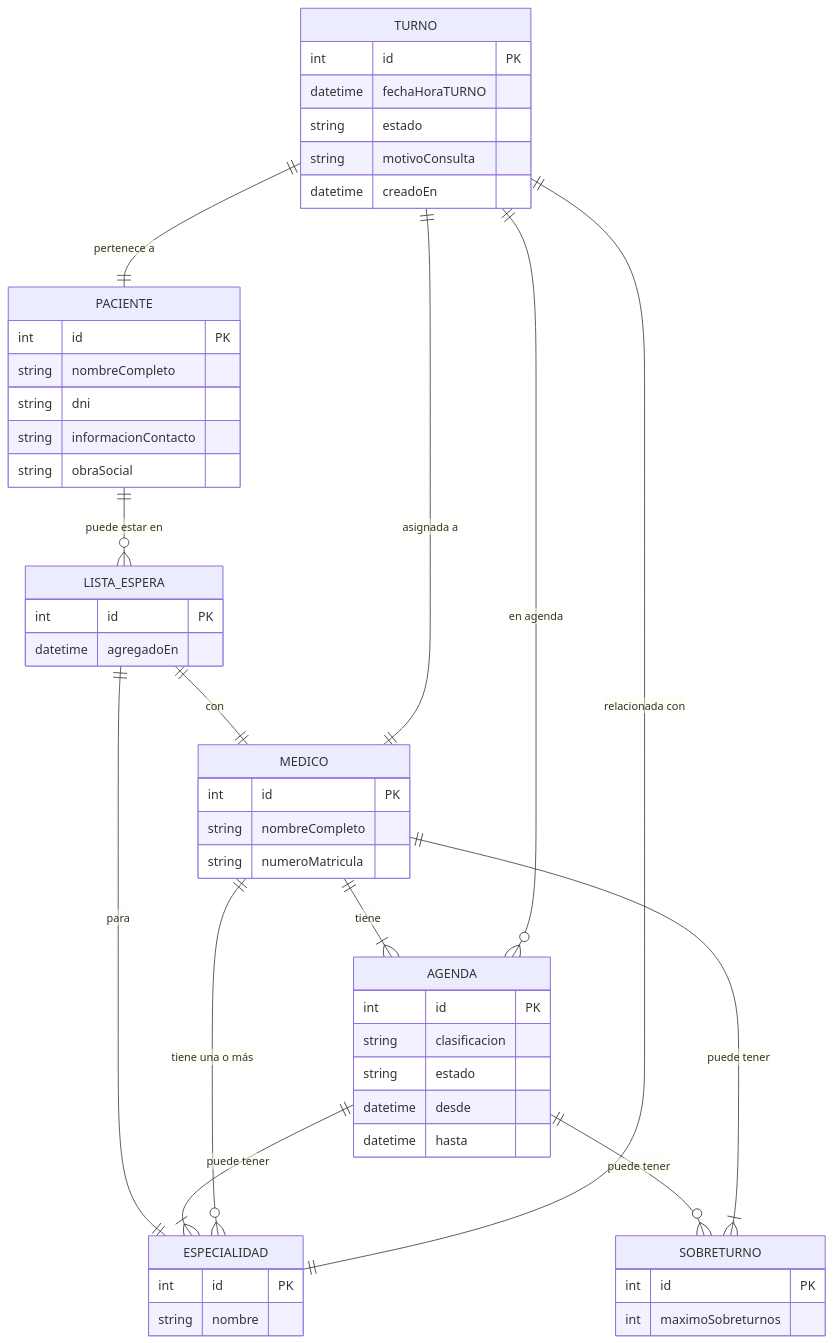
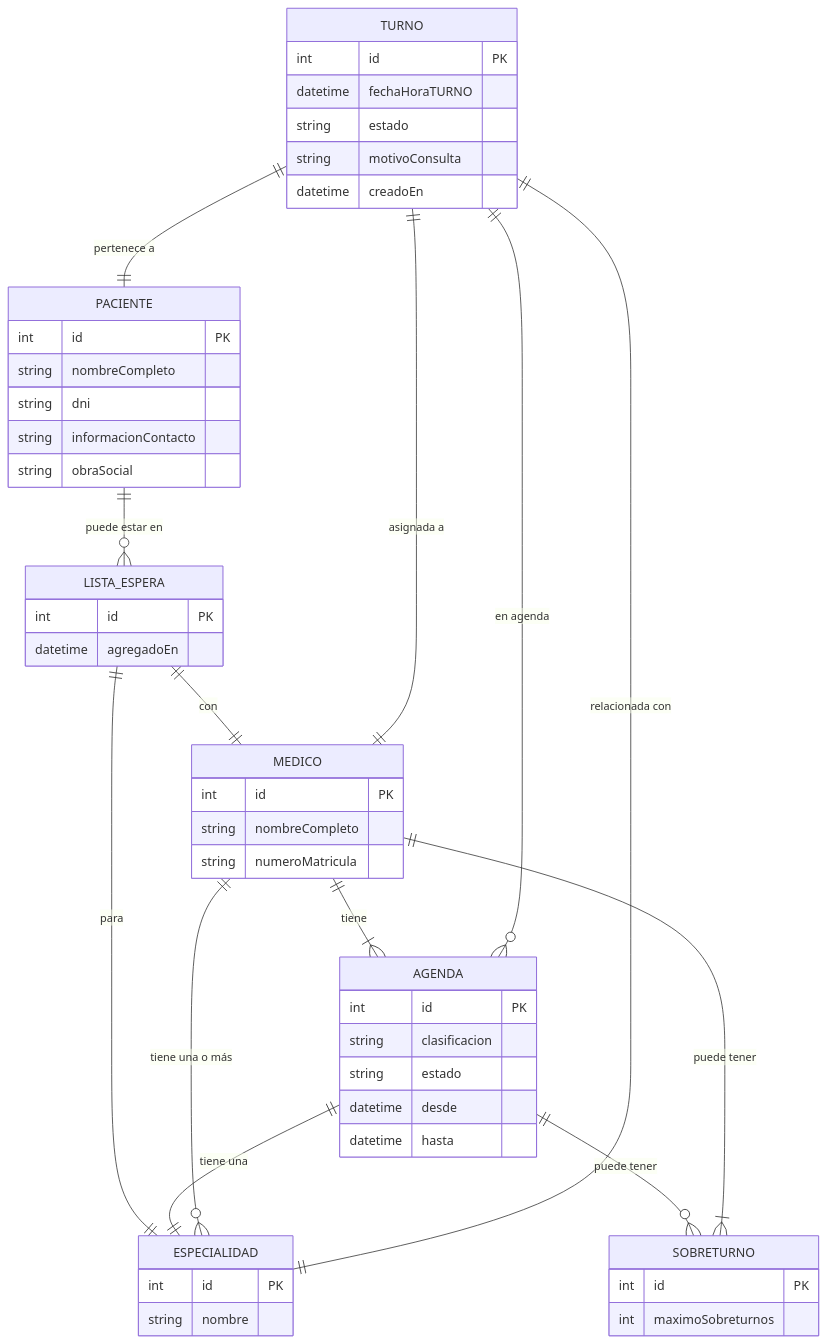
Before and after one commit to adamulp/lab2-integrador-jofre-rigg: the diagram in base_de_datos/diagramas/diagrama_er.md, drawn with Mermaid.

````diff
--- a/base_de_datos/diagramas/diagrama_er.md
+++ b/base_de_datos/diagramas/diagrama_er.md
@@ -1,65 +1,65 @@
 ```mermaid
 erDiagram
     PACIENTE {
         int id PK
         string nombreCompleto
         string dni
         string informacionContacto
         string obraSocial
     }
 
     MEDICO {
         int id PK
         string nombreCompleto
         string numeroMatricula
     }
 
     ESPECIALIDAD {
         int id PK
         string nombre
     }
 
     TURNO {
         int id PK
         datetime fechaHoraTURNO
         string estado
         string motivoConsulta
         datetime creadoEn
     }
 
     LISTA_ESPERA {
         int id PK
         datetime agregadoEn
     }
 
     AGENDA {
         int id PK
         string clasificacion
         string estado
         datetime desde
         datetime hasta
     }
 
     SOBRETURNO {
         int id PK
         int maximoSobreturnos
     }
 
     TURNO ||--|| PACIENTE : "pertenece a"
     TURNO ||--|| MEDICO : "asignada a"
     TURNO ||--|| ESPECIALIDAD : "relacionada con"
     TURNO ||--o{ AGENDA : "en agenda"
 
     MEDICO ||--o{ ESPECIALIDAD : "tiene una o más"
+    AGENDA ||--|| ESPECIALIDAD : "tiene una"
     MEDICO ||--|{ AGENDA : "tiene"
-    AGENDA ||--|{ ESPECIALIDAD : "puede tener"
     MEDICO ||--|{ SOBRETURNO : "puede tener"
 
     PACIENTE ||--o{ LISTA_ESPERA : "puede estar en"
     LISTA_ESPERA ||--|| ESPECIALIDAD : "para"
     LISTA_ESPERA ||--|| MEDICO : "con"
 
     AGENDA ||--o{ SOBRETURNO : "puede tener"
 
 
 ```
````
